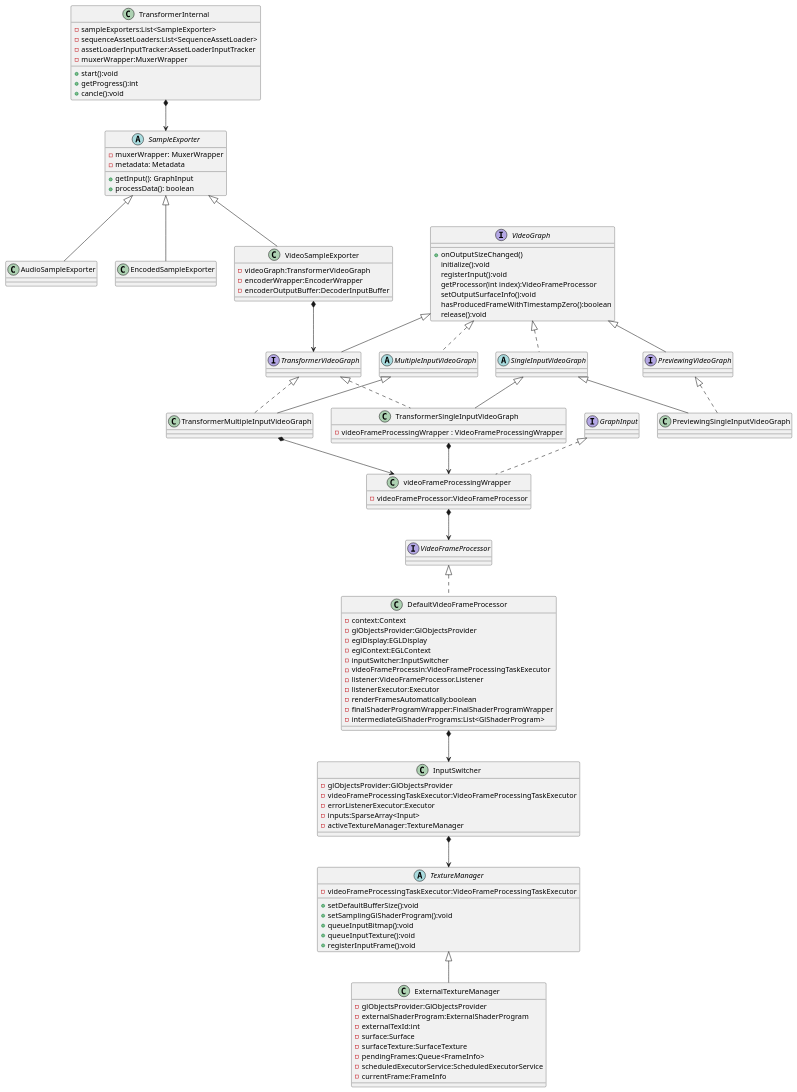
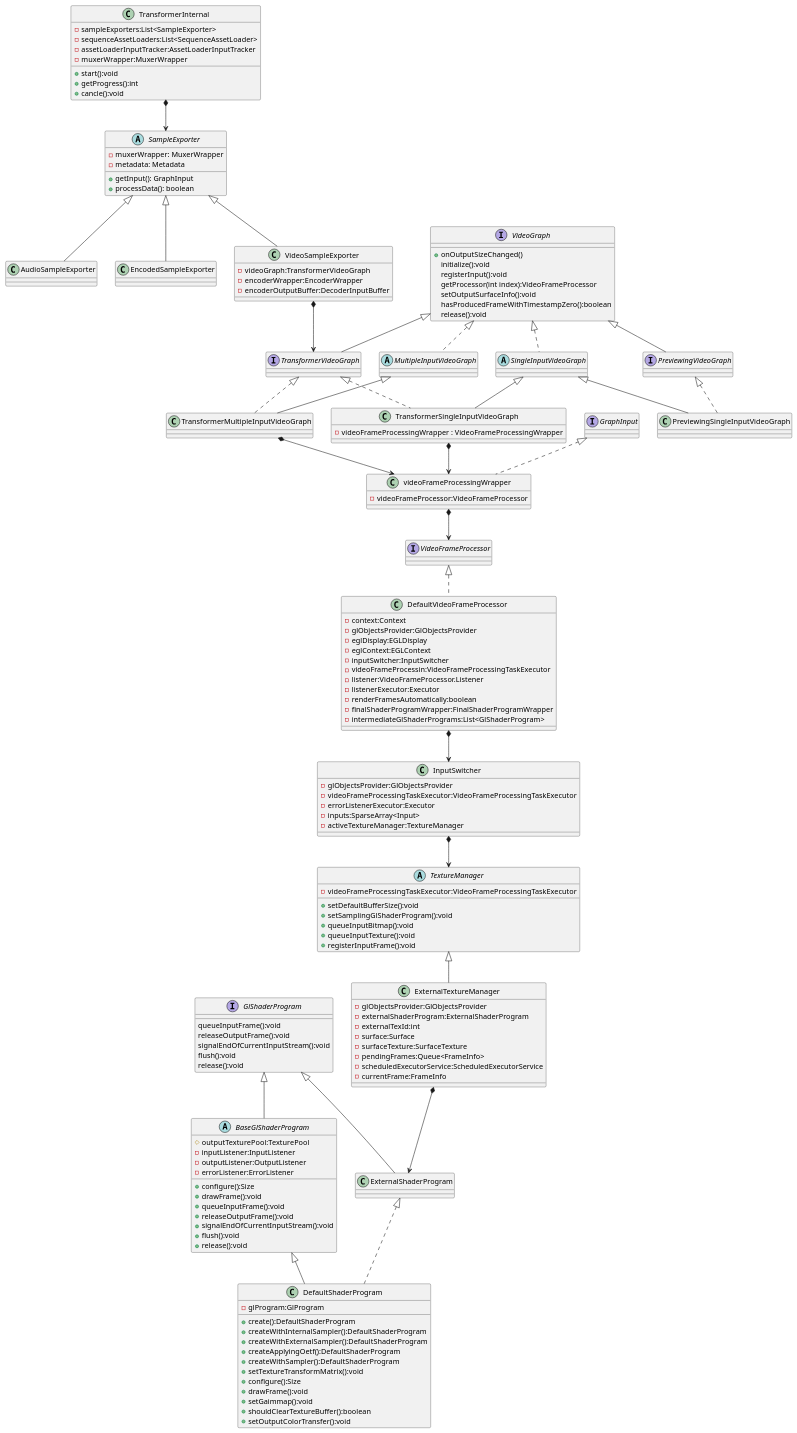
The diagram in transformer.puml (AndyYoung1004/draw.io), drawn with PlantUML before and after one commit.

```diff
--- a/transformer.puml
+++ b/transformer.puml
@@ -1,126 +1,170 @@
 @startuml
 abstract class SampleExporter {
 -muxerWrapper: MuxerWrapper
 -metadata: Metadata
 + getInput(): GraphInput
 + processData(): boolean
 }
 
 class TransformerInternal {
 -sampleExporters:List<SampleExporter>
 -sequenceAssetLoaders:List<SequenceAssetLoader>
 -assetLoaderInputTracker:AssetLoaderInputTracker
 -muxerWrapper:MuxerWrapper
 +start():void
 +getProgress():int
 +cancle():void
 }
 
 TransformerInternal *--> SampleExporter
 
 SampleExporter <|-- AudioSampleExporter
 SampleExporter <|-- EncodedSampleExporter
 SampleExporter <|-- VideoSampleExporter
 
 VideoSampleExporter *--> TransformerVideoGraph
 
 class VideoSampleExporter{
 -videoGraph:TransformerVideoGraph
 -encoderWrapper:EncoderWrapper
 -encoderOutputBuffer:DecoderInputBuffer
 }
 
 interface VideoGraph {
 +onOutputSizeChanged()
 initialize():void
 registerInput():void
 getProcessor(int index):VideoFrameProcessor
 setOutputSurfaceInfo():void
 hasProducedFrameWithTimestampZero():boolean
 release():void
 }
 
 interface TransformerVideoGraph extends VideoGraph
 interface PreviewingVideoGraph extends VideoGraph
 abstract class MultipleInputVideoGraph implements VideoGraph
 abstract class SingleInputVideoGraph implements VideoGraph
 
 
 class TransformerMultipleInputVideoGraph extends MultipleInputVideoGraph
 class TransformerMultipleInputVideoGraph implements TransformerVideoGraph
 class TransformerSingleInputVideoGraph extends SingleInputVideoGraph
 class TransformerSingleInputVideoGraph implements TransformerVideoGraph
 class PreviewingSingleInputVideoGraph extends SingleInputVideoGraph
 class PreviewingSingleInputVideoGraph implements PreviewingVideoGraph
 
 class TransformerSingleInputVideoGraph {
 -videoFrameProcessingWrapper : VideoFrameProcessingWrapper
 }
 
 TransformerSingleInputVideoGraph *--> videoFrameProcessingWrapper
 TransformerMultipleInputVideoGraph *--> videoFrameProcessingWrapper
 
 class videoFrameProcessingWrapper {
 -videoFrameProcessor:VideoFrameProcessor
 }
 class videoFrameProcessingWrapper implements GraphInput
 
 interface VideoFrameProcessor{
 
 }
 
 videoFrameProcessingWrapper *--> VideoFrameProcessor
 
 VideoFrameProcessor <|.. DefaultVideoFrameProcessor
 
 class DefaultVideoFrameProcessor {
 -context:Context
 -glObjectsProvider:GlObjectsProvider
 -eglDisplay:EGLDisplay
 -eglContext:EGLContext
 -inputSwitcher:InputSwitcher
 -videoFrameProcessin:VideoFrameProcessingTaskExecutor
 - listener:VideoFrameProcessor.Listener
 -listenerExecutor:Executor
 -renderFramesAutomatically:boolean
 - finalShaderProgramWrapper:FinalShaderProgramWrapper
 -intermediateGlShaderPrograms:List<GlShaderProgram>
 
 }
 
 DefaultVideoFrameProcessor *--> InputSwitcher
 
 class InputSwitcher {
 -glObjectsProvider:GlObjectsProvider
 -videoFrameProcessingTaskExecutor:VideoFrameProcessingTaskExecutor
 -errorListenerExecutor:Executor
 -inputs:SparseArray<Input>
 -activeTextureManager:TextureManager
 
 }
 
 abstract class TextureManager {
 -videoFrameProcessingTaskExecutor:VideoFrameProcessingTaskExecutor
 
 +setDefaultBufferSize():void
 +setSamplingGlShaderProgram():void
 +queueInputBitmap():void
 +queueInputTexture():void
 +registerInputFrame():void
 
 }
 InputSwitcher *--> TextureManager
 
 class ExternalTextureManager {
 -glObjectsProvider:GlObjectsProvider
 -externalShaderProgram:ExternalShaderProgram
 -externalTexId:int
 -surface:Surface
 -surfaceTexture:SurfaceTexture
 -pendingFrames:Queue<FrameInfo>
 -scheduledExecutorService:ScheduledExecutorService
 -currentFrame:FrameInfo
 }
 
 TextureManager <|--ExternalTextureManager
+
+interface GlShaderProgram {
+queueInputFrame():void
+releaseOutputFrame():void
+signalEndOfCurrentInputStream():void
+flush():void
+release():void
+}
+
+abstract class BaseGlShaderProgram{
+#outputTexturePool:TexturePool
+-inputListener:InputListener
+-outputListener:OutputListener
+-errorListener:ErrorListener
++configure():Size
++drawFrame():void
++queueInputFrame():void
++releaseOutputFrame():void
++signalEndOfCurrentInputStream():void
++flush():void
++release():void
+}
+
+GlShaderProgram <|-- BaseGlShaderProgram
+GlShaderProgram <|-- ExternalShaderProgram
+
+class DefaultShaderProgram {
+-glProgram:GlProgram
++ create():DefaultShaderProgram
++createWithInternalSampler():DefaultShaderProgram
++createWithExternalSampler():DefaultShaderProgram
++createApplyingOetf():DefaultShaderProgram
++createWithSampler():DefaultShaderProgram
++setTextureTransformMatrix():void
++configure():Size
++drawFrame():void
++setGaimmap():void
++shouldClearTextureBuffer():boolean
++setOutputColorTransfer():void
+}
+BaseGlShaderProgram <|-- DefaultShaderProgram
+ExternalShaderProgram <|.. DefaultShaderProgram
+
+ExternalTextureManager *--> ExternalShaderProgram
 @enduml
```
